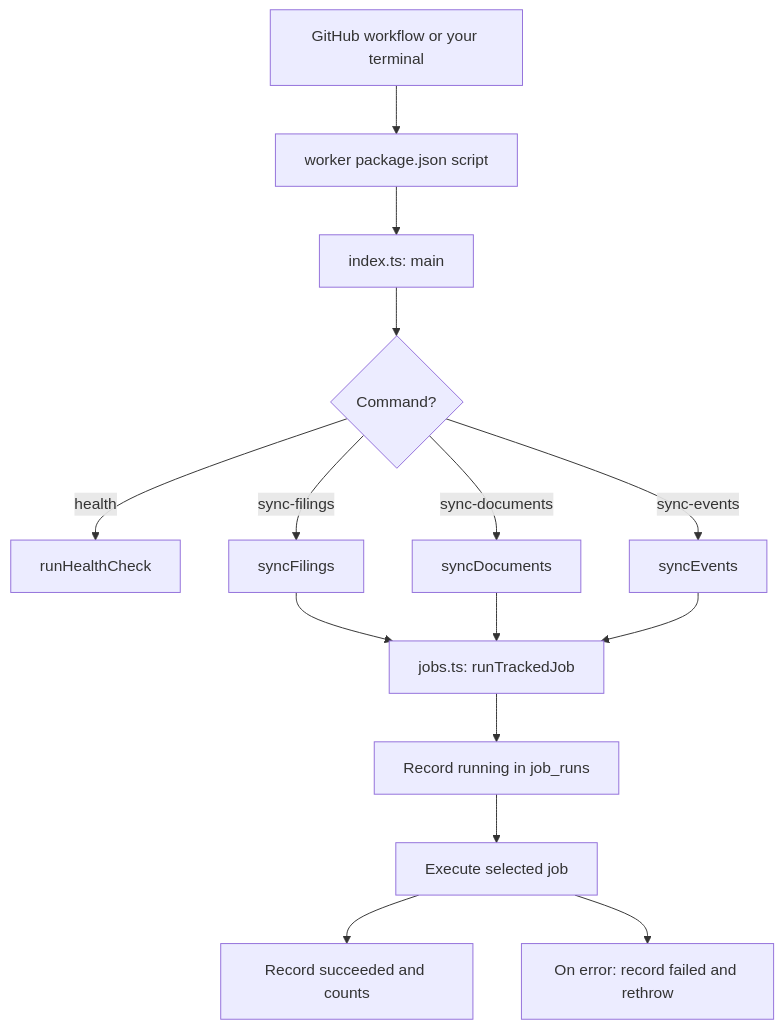
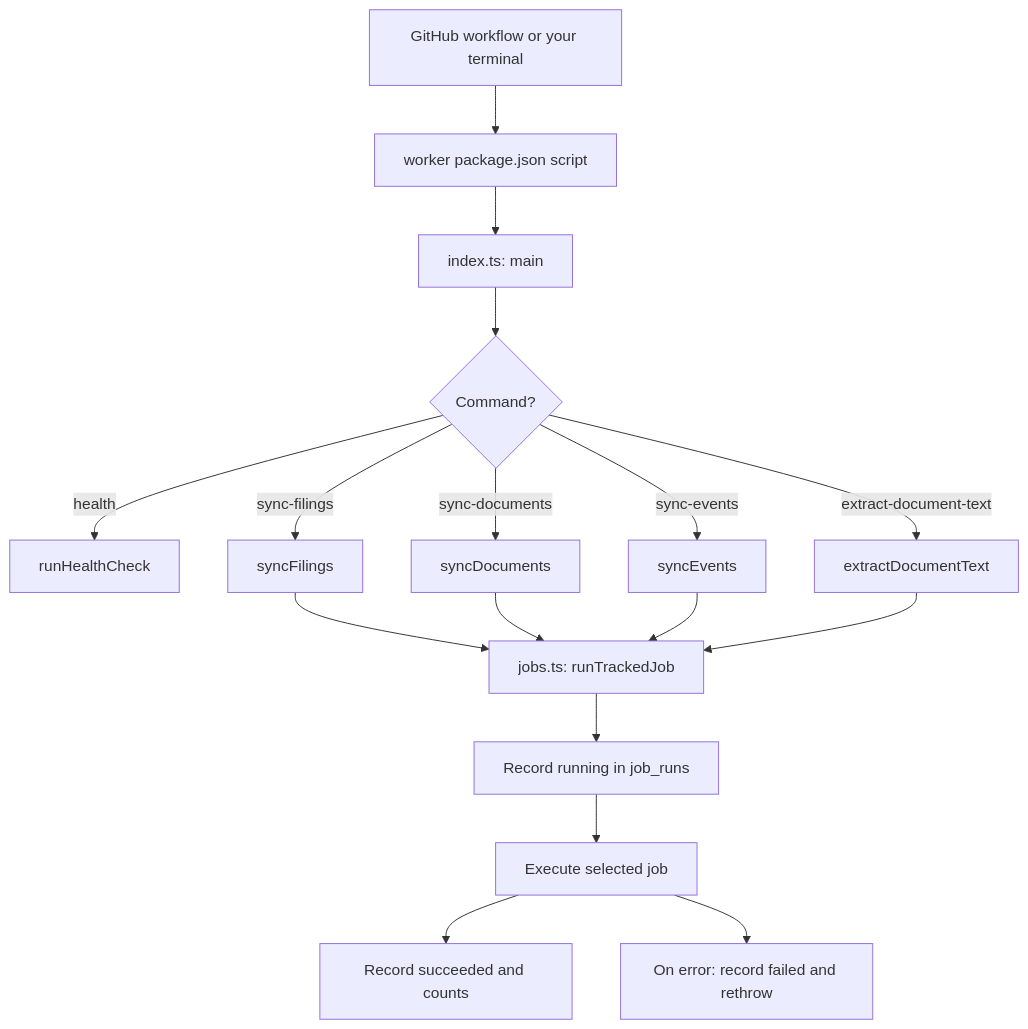
One commit to thstamod/chiron-core changed the fourth of 13 diagrams in docs/visual-guide.md. Above: the diagram before and after it, drawn with Mermaid. The commit also changed other lines of this file and 17 other files, not shown here.

Commit message:
feat(worker): add versioned SEC document text extraction

````diff
--- a/docs/visual-guide.md
+++ b/docs/visual-guide.md
@@ -92,17 +96,19 @@
 ```mermaid
 flowchart TD
     A[GitHub workflow or your terminal] --> B[worker package.json script]
     B --> C[index.ts: main]
     C --> D{Command?}
     D -->|health| H[runHealthCheck]
     D -->|sync-filings| F[syncFilings]
     D -->|sync-documents| DOC[syncDocuments]
     D -->|sync-events| E[syncEvents]
+    D -->|extract-document-text| T[extractDocumentText]
     F --> J[jobs.ts: runTrackedJob]
     DOC --> J
     E --> J
+    T --> J
     J --> START[Record running in job_runs]
     START --> EXEC[Execute selected job]
     EXEC --> OK[Record succeeded and counts]
     EXEC --> ERR[On error: record failed and rethrow]
 ```
````
